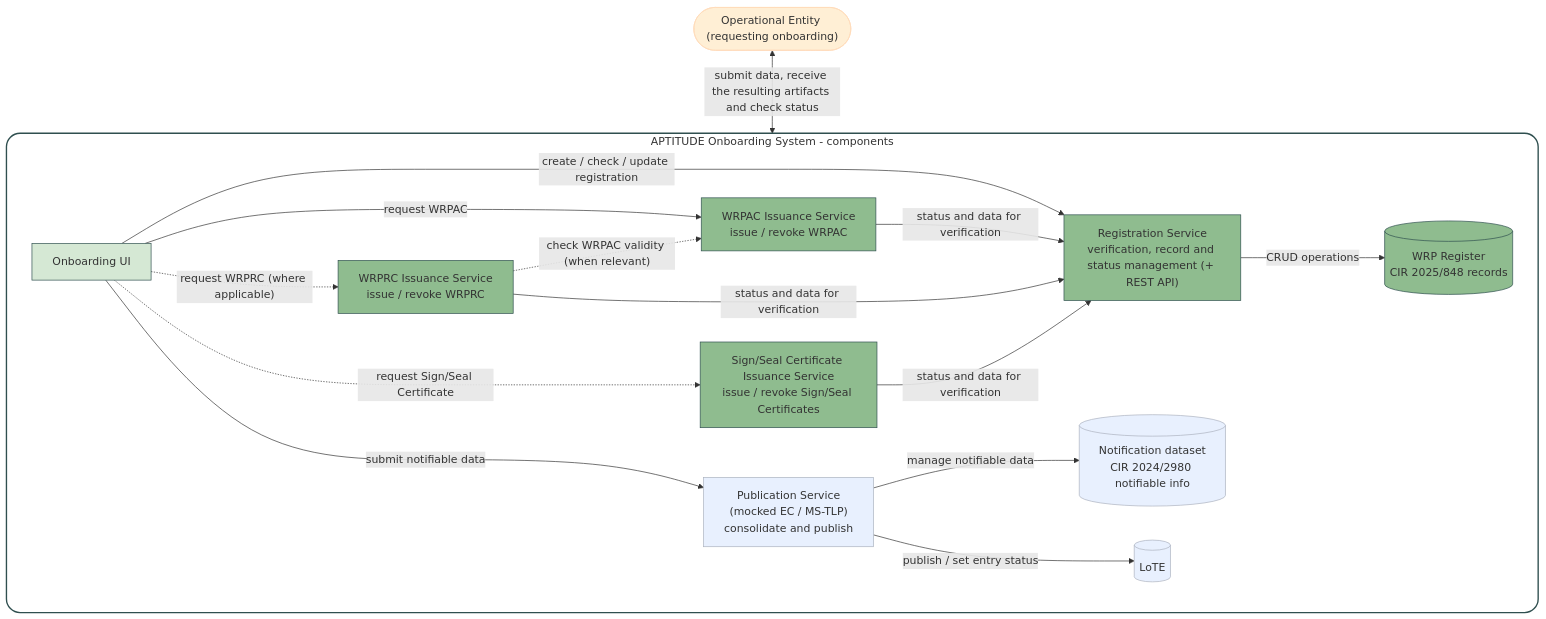
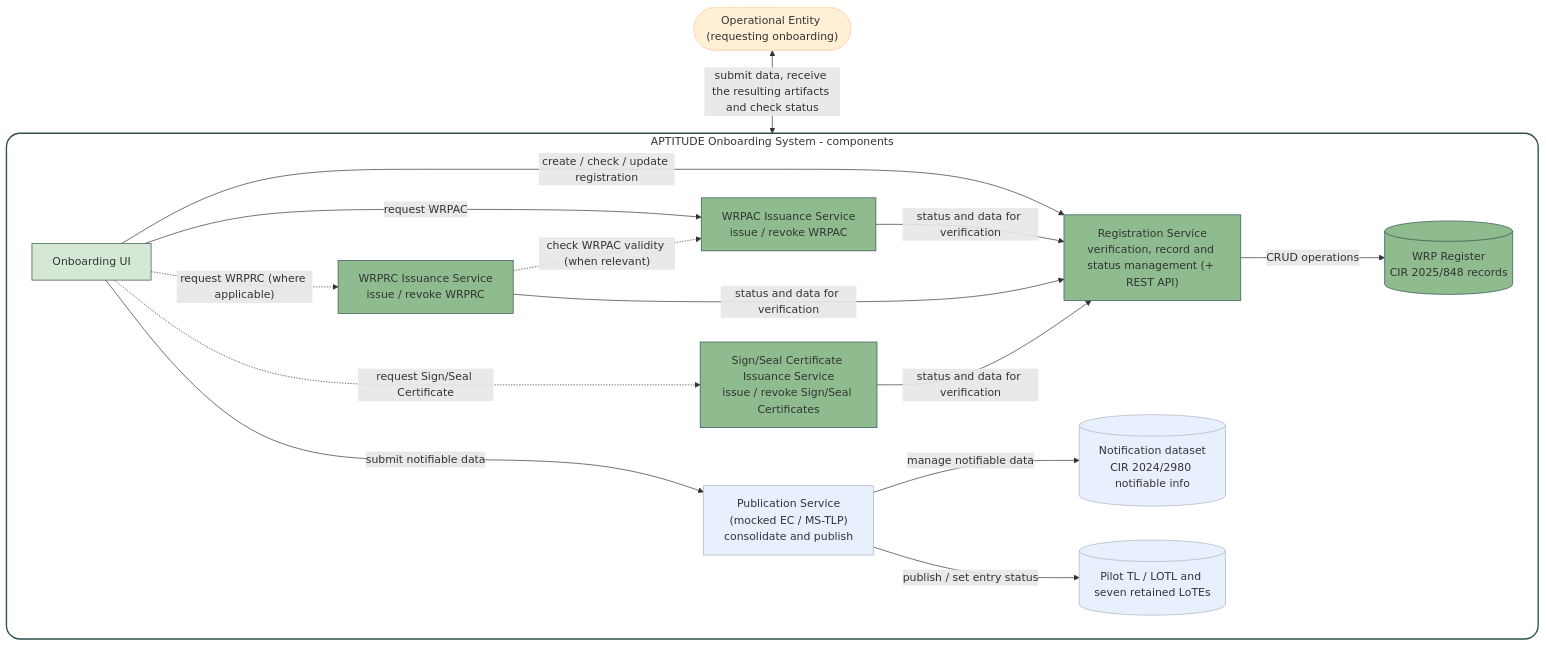
One commit to APTITUDE-Consortium/wp2-trust-specifications changed the third of 5 diagrams in docs/topics/onboarding-process.md. Above: the diagram before and after it, drawn with Mermaid. The commit also changed other lines of this file and 1 other file, not shown here.

````diff
--- a/docs/topics/onboarding-process.md
+++ b/docs/topics/onboarding-process.md
@@ -120,45 +128,45 @@
 ```mermaid
 graph TB
 
     OpEn(["Operational Entity (requesting onboarding)"])
 
     subgraph SYS["APTITUDE Onboarding System - components"]
         direction LR
         UI["Onboarding UI"]
         RegSvc["Registration Service<br/>verification, record and status management (+ REST API)"]
         WRPReg[("WRP Register<br/>CIR 2025/848 records")]
         ACsvc["WRPAC Issuance Service<br/>issue / revoke WRPAC"]
         RCsvc["WRPRC Issuance Service<br/>issue / revoke WRPRC"]
         SSCsvc["Sign/Seal Certificate Issuance Service<br/>issue / revoke Sign/Seal Certificates"]
         PubSvc["Publication Service<br/>(mocked EC / MS-TLP)<br/>consolidate and publish"]
         NotifDS[("Notification dataset<br/>CIR 2024/2980 notifiable info")]
-        Lists[("LoTE")]
+        Lists[("Pilot TL / LOTL and seven retained LoTEs")]
 
         UI -->|"create / check / update registration"| RegSvc
         UI -->|"request WRPAC"| ACsvc
         UI -.->|"request WRPRC (where applicable)"| RCsvc
         UI -.->|"request Sign/Seal Certificate"| SSCsvc
         UI -->|"submit notifiable data"| PubSvc
         RegSvc -->|"CRUD operations"| WRPReg
         ACsvc -->|"status and data for verification"| RegSvc
         RCsvc -->|"status and data for verification"| RegSvc
         SSCsvc -->|"status and data for verification"| RegSvc
         RCsvc -.->|"check WRPAC validity (when relevant)"| ACsvc
         RCsvc ~~~ PubSvc
         PubSvc -->|"manage notifiable data"| NotifDS
         PubSvc -->|"publish / set entry status"| Lists
     end
 
     OpEn <-->|"submit data, receive the resulting artifacts and check status"| UI
 
     %% Style
     style SYS fill:#ffff,stroke:#2f4f4f,stroke-width:2px,rx:20,ry:20
     classDef green fill:#8fbc8f,stroke:#2f4f4f
     classDef blue fill:#e8f0fe,stroke:#abb2bf
     classDef cand fill:#ffefd5,stroke:#ffdab9
     classDef ui fill:#d5e8d4,stroke:#2f4f4f
     class RegSvc,ACsvc,RCsvc,SSCsvc,WRPReg green;
     class PubSvc,NotifDS,Lists blue;
     class OpEn cand;
     class UI ui;
 ```
````
